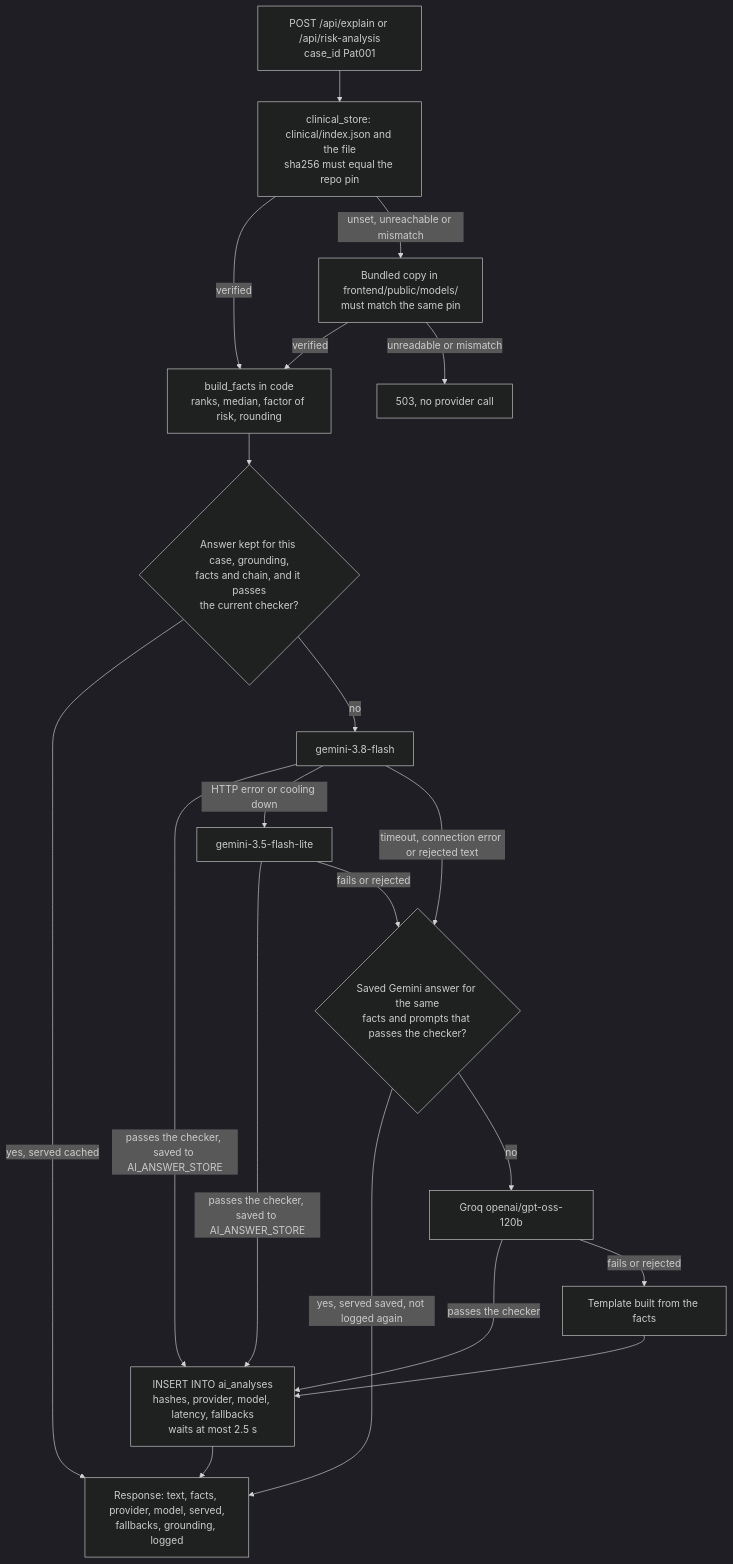
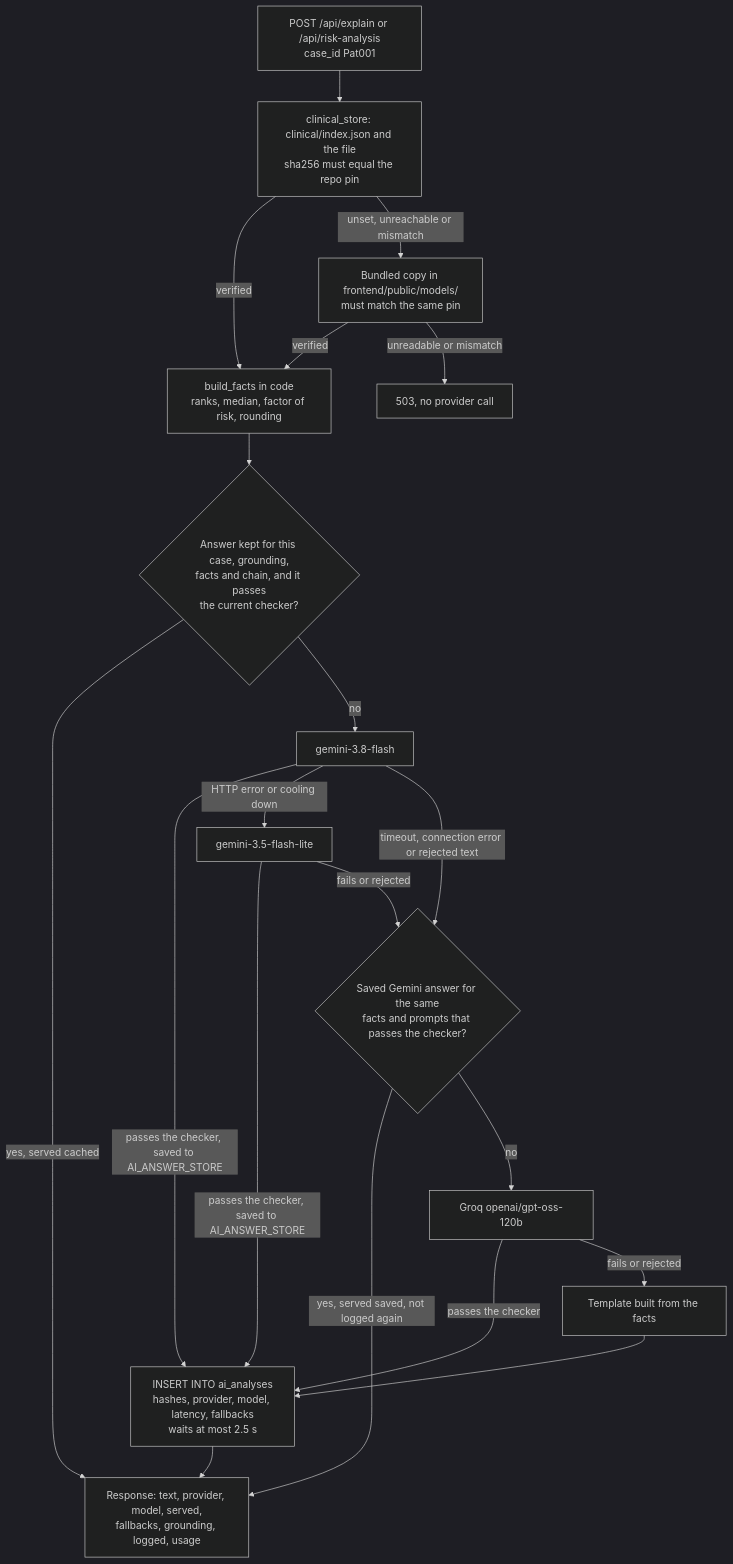
One commit to galitau/Rainbone_prod_hackthevalley11 changed the sixth of 9 diagrams in ARCHITECTURE.md. Above: the diagram before and after it, drawn with Mermaid (dark theme). The commit also changed other lines of this file, not shown here.

Commit message:
docs: align ARCHITECTURE.md with token usage and Ask required IDs on main

````diff
--- a/ARCHITECTURE.md
+++ b/ARCHITECTURE.md
@@ -311,36 +311,36 @@
 ```mermaid
 flowchart TD
   req["POST /api/explain or /api/risk-analysis<br/>case_id Pat001"]
   bucket["clinical_store: clinical/index.json and the file<br/>sha256 must equal the repo pin"]
   local["Bundled copy in frontend/public/models/<br/>must match the same pin"]
   stop["503, no provider call"]
   facts["build_facts in code<br/>ranks, median, factor of risk, rounding"]
   kept{"Answer kept for this case, grounding,<br/>facts and chain, and it passes<br/>the current checker?"}
   g1["gemini-3.8-flash"]
   g2["gemini-3.5-flash-lite"]
   saved{"Saved Gemini answer for the same<br/>facts and prompts that passes the checker?"}
   groq["Groq openai/gpt-oss-120b"]
   tmpl["Template built from the facts"]
   log["INSERT INTO ai_analyses<br/>hashes, provider, model, latency, fallbacks<br/>waits at most 2.5 s"]
-  resp["Response: text, facts, provider, model, served,<br/>fallbacks, grounding, logged"]
+  resp["Response: text, provider, model, served,<br/>fallbacks, grounding, logged, usage"]
 
   req --> bucket
   bucket -->|"verified"| facts
   bucket -->|"unset, unreachable or mismatch"| local
   local -->|"verified"| facts
   local -->|"unreadable or mismatch"| stop
   facts --> kept
   kept -->|"yes, served cached"| resp
   kept -->|"no"| g1
   g1 -->|"passes the checker, saved to AI_ANSWER_STORE"| log
   g1 -->|"HTTP error or cooling down"| g2
   g1 -->|"timeout, connection error or rejected text"| saved
   g2 -->|"passes the checker, saved to AI_ANSWER_STORE"| log
   g2 -->|"fails or rejected"| saved
   saved -->|"yes, served saved, not logged again"| resp
   saved -->|"no"| groq
   groq -->|"passes the checker"| log
   groq -->|"fails or rejected"| tmpl
   tmpl --> log
   log --> resp
 ```
````
